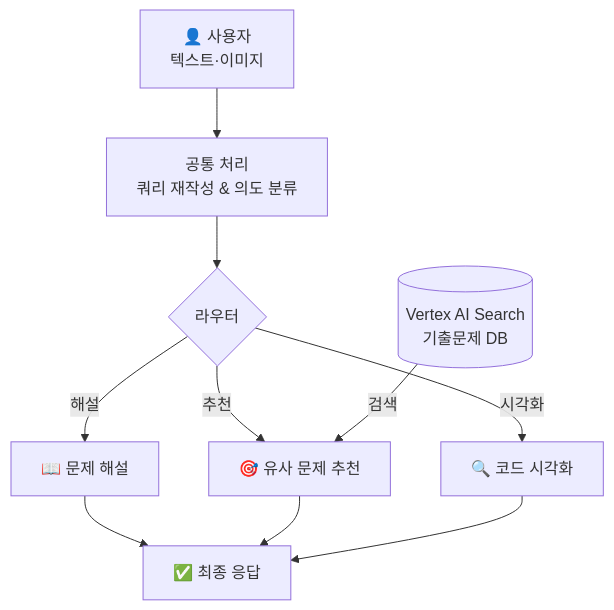
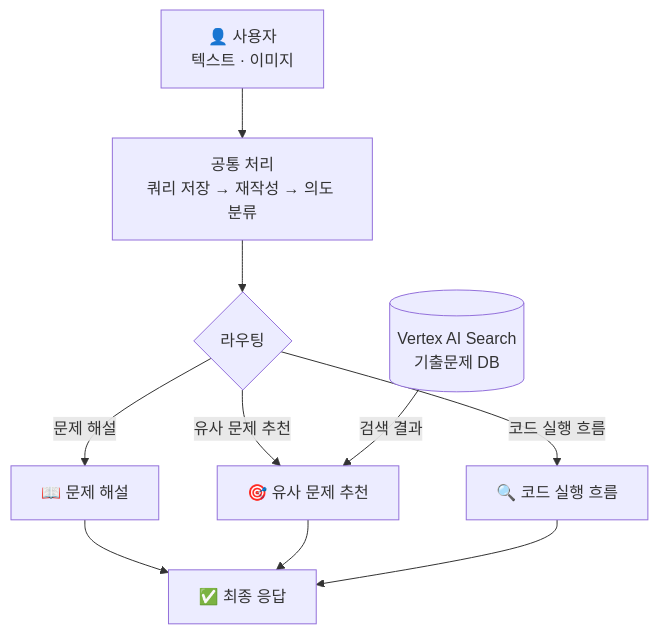
Before and after one commit to JangJiWon0108/smart-learning-platform-backend: the first of 2 diagrams in docs/README.md, drawn with Mermaid. The commit also changed other lines of this file, not shown here.

````diff
--- a/docs/README.md
+++ b/docs/README.md
@@ -42,19 +61,24 @@
 ```mermaid
 flowchart TD
-    User["👤 사용자<br/>텍스트·이미지"]
-    Core["공통 처리<br/>쿼리 재작성 & 의도 분류"]
-    Router{"라우터"}
+    사용자["👤 사용자<br/>텍스트 · 이미지"]
+    공통["공통 처리<br/>쿼리 저장 → 재작성 → 의도 분류"]
+    라우터{"라우팅"}
     VAS[("Vertex AI Search<br/>기출문제 DB")]
 
-    Solver["📖 문제 해설"]
-    Rec["🎯 유사 문제 추천"]
-    Trace["🔍 코드 시각화"]
-    Response["✅ 최종 응답"]
+    해설["📖 문제 해설"]
+    추천["🎯 유사 문제 추천"]
+    시각화["🔍 코드 실행 흐름"]
+    응답["✅ 최종 응답"]
 
-    User --> Core --> Router
-    Router -->|"해설"| Solver
-    Router -->|"추천"| Rec
-    Router -->|"시각화"| Trace
-    VAS -->|"검색"| Rec
-    Solver & Rec & Trace --> Response
+    사용자 --> 공통 --> 라우터
+
+    라우터 -->|"문제 해설"| 해설
+    라우터 -->|"유사 문제 추천"| 추천
+    라우터 -->|"코드 실행 흐름"| 시각화
+
+    VAS -->|"검색 결과"| 추천
+
+    해설 --> 응답
+    추천 --> 응답
+    시각화 --> 응답
 ```
````
